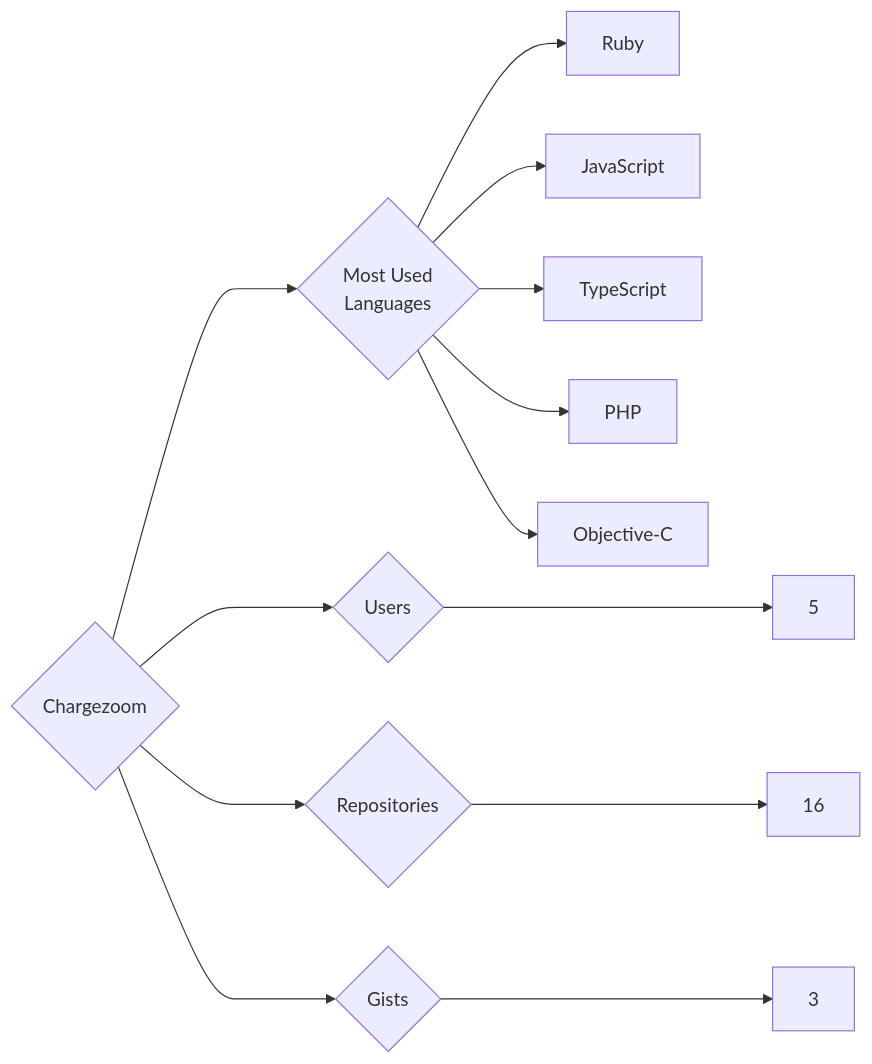
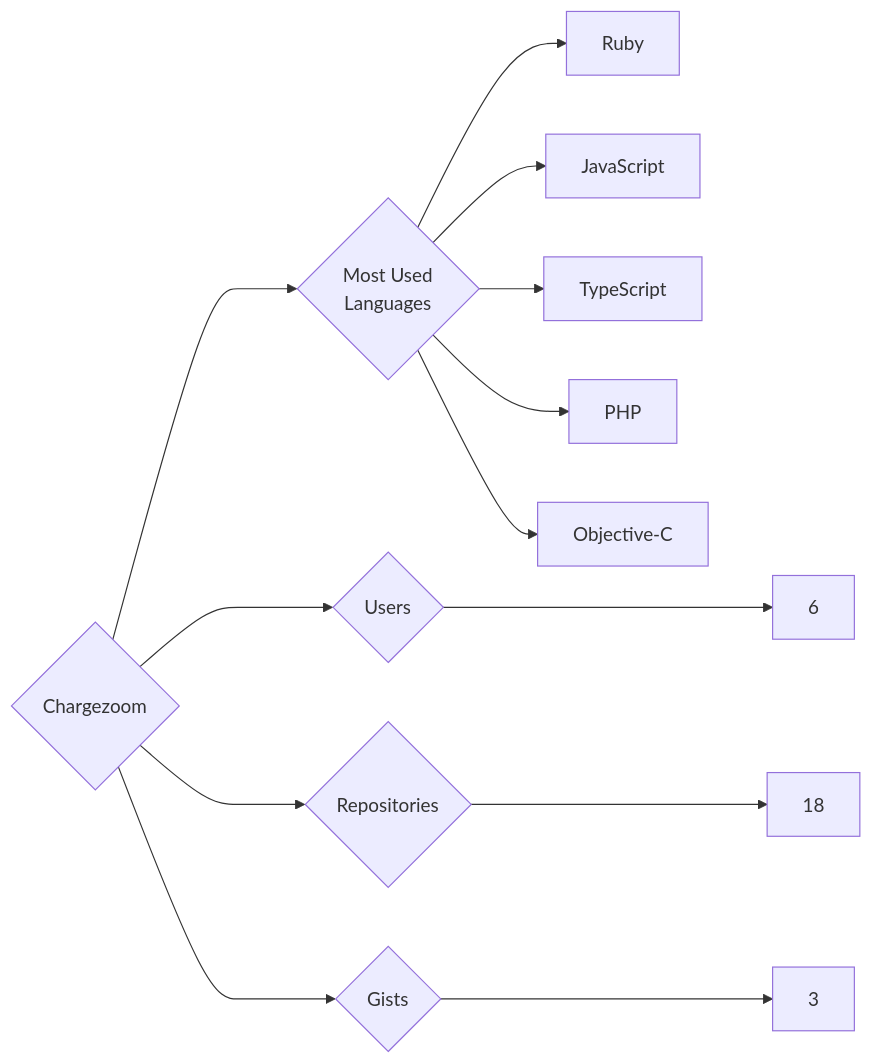
The diagram in targets/Chargezoom/README.md (trickest/insiders), drawn with Mermaid before and after one commit. The commit also changed 1123 other files, not shown here.

````diff
--- a/targets/Chargezoom/README.md
+++ b/targets/Chargezoom/README.md
@@ -3,13 +3,13 @@
 ```mermaid
 graph LR
 COMPANY_NAME{Chargezoom}
-COMPANY_NAME ---> U{Users} ---> UN[5]
-COMPANY_NAME ---> R{Repositories} ---> RN[16]
+COMPANY_NAME ---> U{Users} ---> UN[6]
+COMPANY_NAME ---> R{Repositories} ---> RN[18]
 COMPANY_NAME ---> G{Gists} ---> GN[3]
 COMPANY_NAME ---> ML{Most Used<br>Languages}
 ML --> Ruby[Ruby]
 ML --> JavaScript[JavaScript]
 ML --> TypeScript[TypeScript]
 ML --> PHP[PHP]
 ML --> Objective-C[Objective-C]
 ```
````
